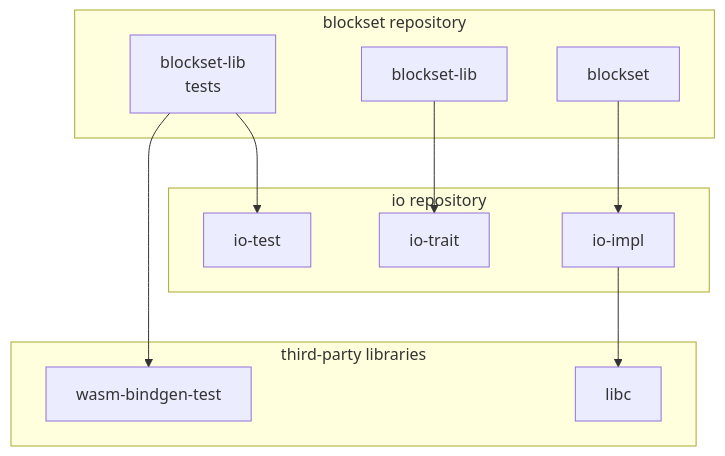
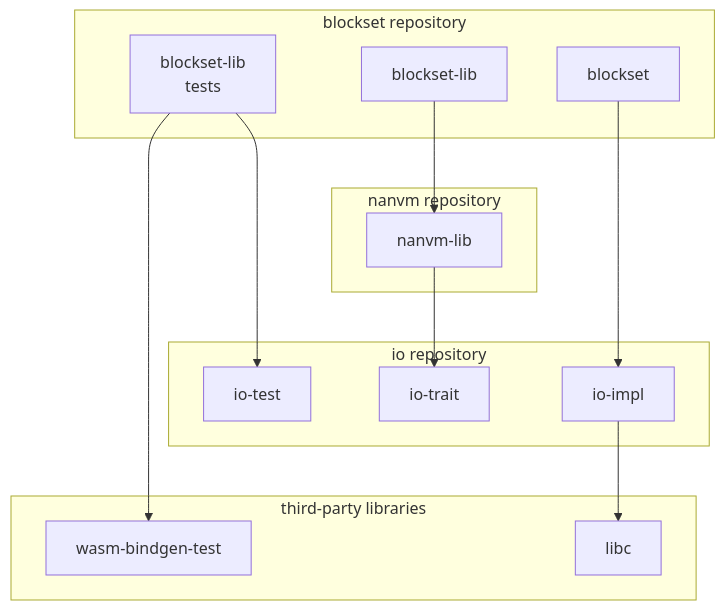
Before and after one commit to datablockset/blockset: the second of 2 diagrams in notes/design.md, drawn with Mermaid. The commit also changed other lines of this file, not shown here.

Commit message:
design (#162)

````diff
--- a/notes/design.md
+++ b/notes/design.md
@@ -15,21 +15,24 @@
 ```mermaid
 flowchart TD
   subgraph br [blockset repository]
     blockset-lib-test[blockset-lib\ntests]
     blockset-lib
     blockset
+  end
+  subgraph nanvm [nanvm repository]
+    nanvm-lib
   end
   subgraph ior [io repository]
     io-test
     io-trait
     io-impl
   end
   subgraph tpl [third-party libraries]
     wasm-bindgen-test
     libc
   end
   blockset-lib-test --> wasm-bindgen-test & io-test
-  blockset-lib --> io-trait
+  blockset-lib --> nanvm-lib --> io-trait
   blockset --> io-impl
   io-impl --> libc
 ```
````
